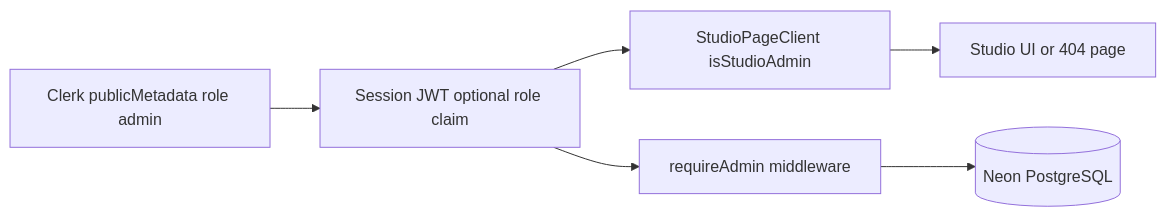
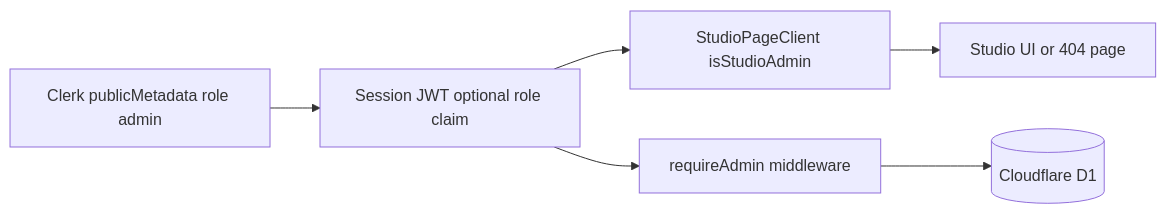
Before and after one commit to alexandrelheinen/freshy: the diagram in docs/studio.md, drawn with Mermaid. The commit also changed other lines of this file and 36 other files, not shown here.

First line of the commit message:
Docs: Cloudflare stack cleanup and fix D1 tags API crash

````diff
--- a/docs/studio.md
+++ b/docs/studio.md
@@ -207,8 +207,8 @@
 ```mermaid
 flowchart LR
     Clerk[Clerk publicMetadata role admin] --> JWT[Session JWT optional role claim]
     JWT --> WebGuard[StudioPageClient isStudioAdmin]
     JWT --> API[requireAdmin middleware]
-    API --> DB[(Neon PostgreSQL)]
+    API --> DB[(Cloudflare D1)]
     WebGuard --> UI[Studio UI or 404 page]
 ```
````
